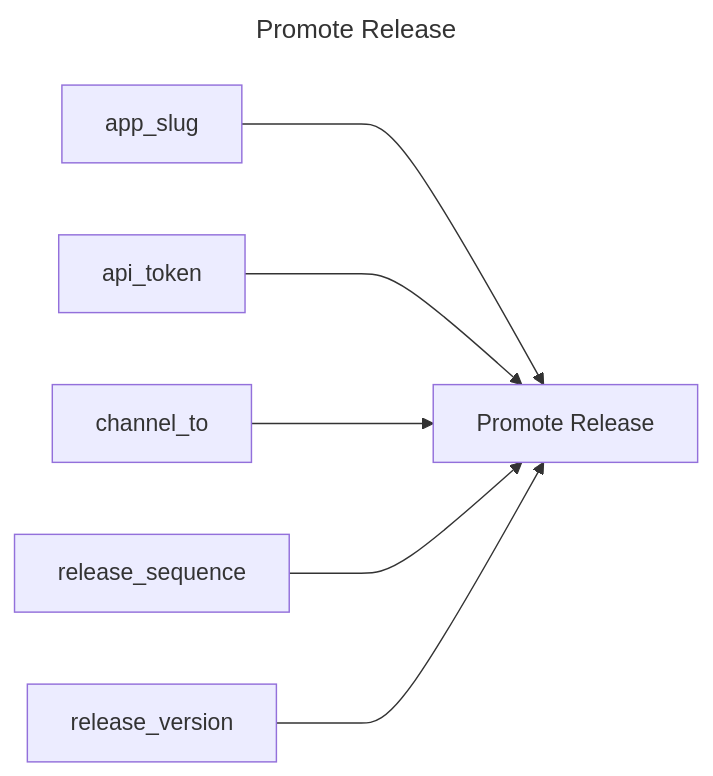
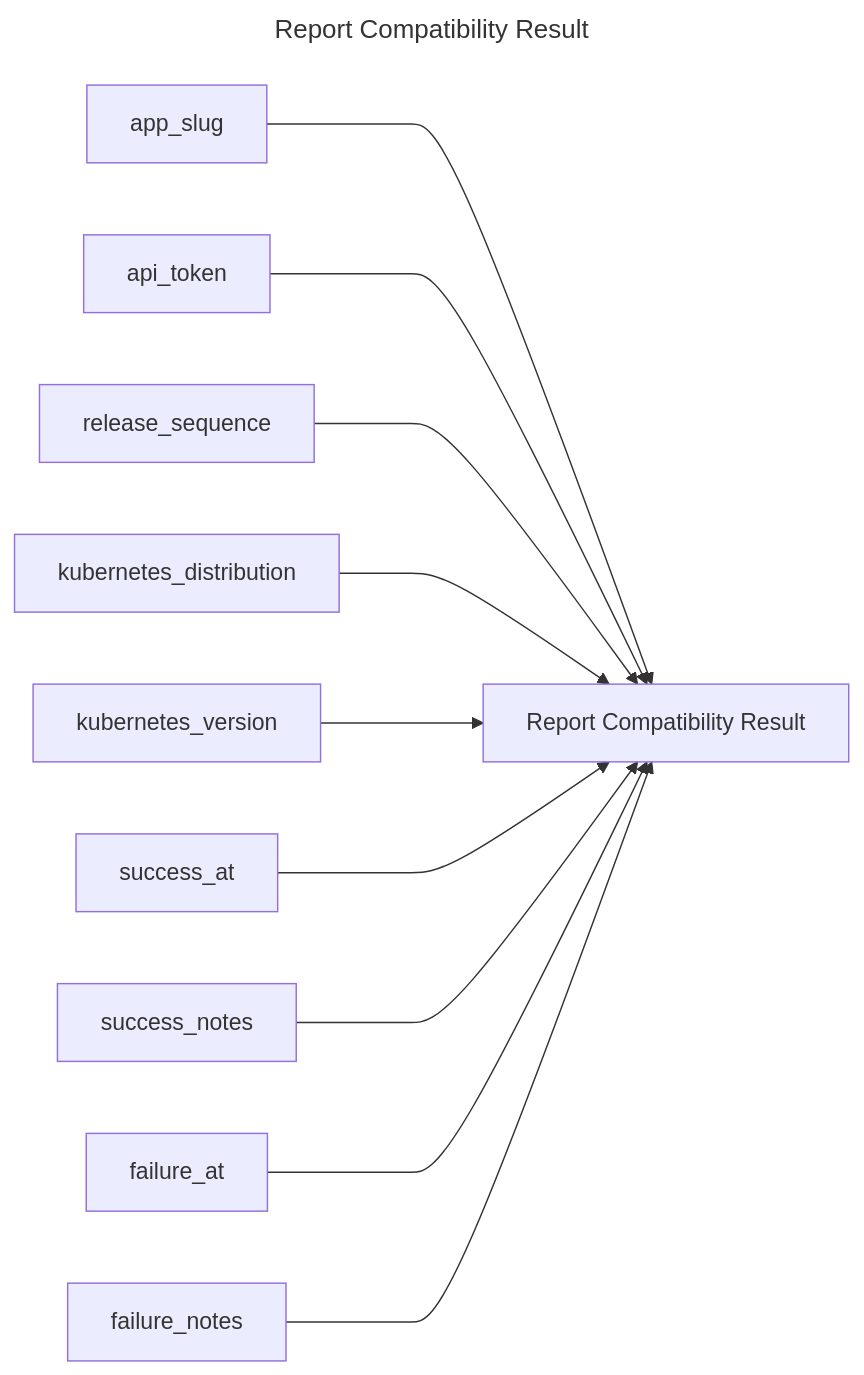
The diagram in report-compatibility-result/README.md (replicatedhq/replicated-actions), drawn with Mermaid before and after one commit. The commit also changed other lines of this file and 5 other files, not shown here.

````diff
--- a/report-compatibility-result/README.md
+++ b/report-compatibility-result/README.md
@@ -3,12 +3,16 @@
 ```mermaid
 ---
-title: Promote Release
+title: Report Compatibility Result
 ---
 graph LR
-promote_release["Promote Release"]
-app_slug ---> promote_release
-api_token ---> promote_release
-channel_to ---> promote_release
-release_sequence ---> promote_release
-release_version ---> promote_release
+report_compatibility_result["Report Compatibility Result"]
+app_slug ---> report_compatibility_result
+api_token ---> report_compatibility_result
+release_sequence ---> report_compatibility_result
+kubernetes_distribution ---> report_compatibility_result
+kubernetes_version ---> report_compatibility_result
+success_at ---> report_compatibility_result
+success_notes ---> report_compatibility_result
+failure_at ---> report_compatibility_result
+failure_notes ---> report_compatibility_result
 ```
````
